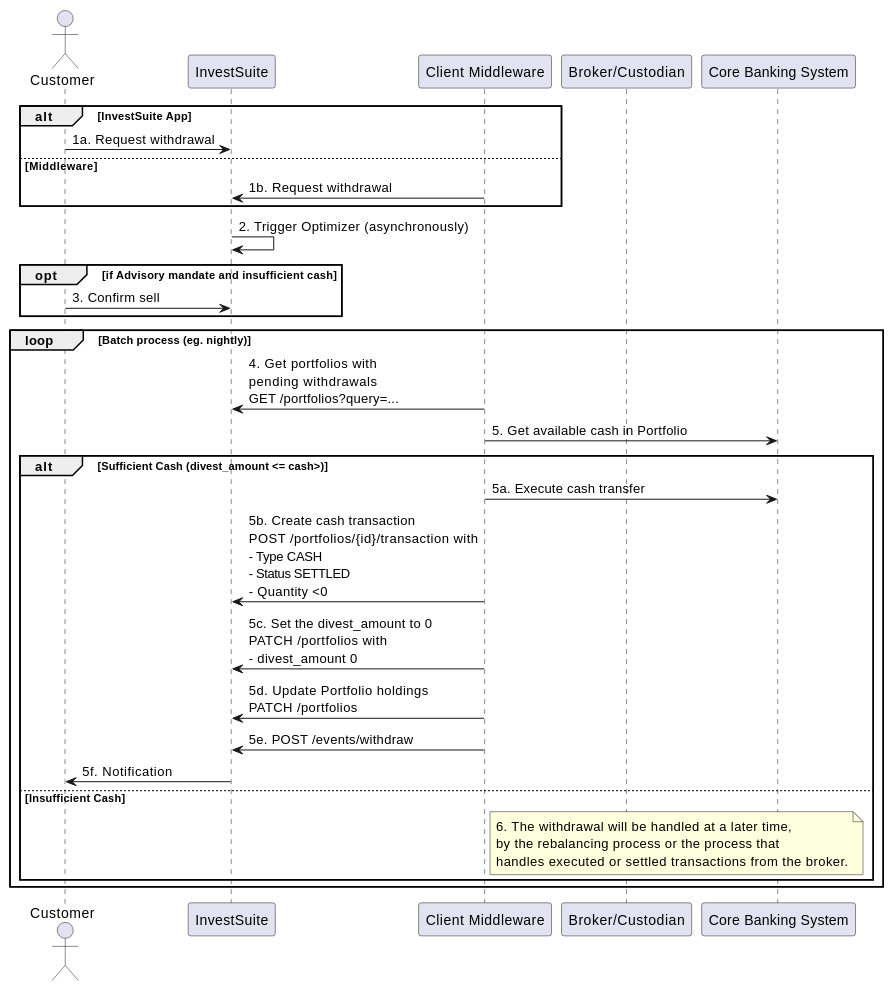
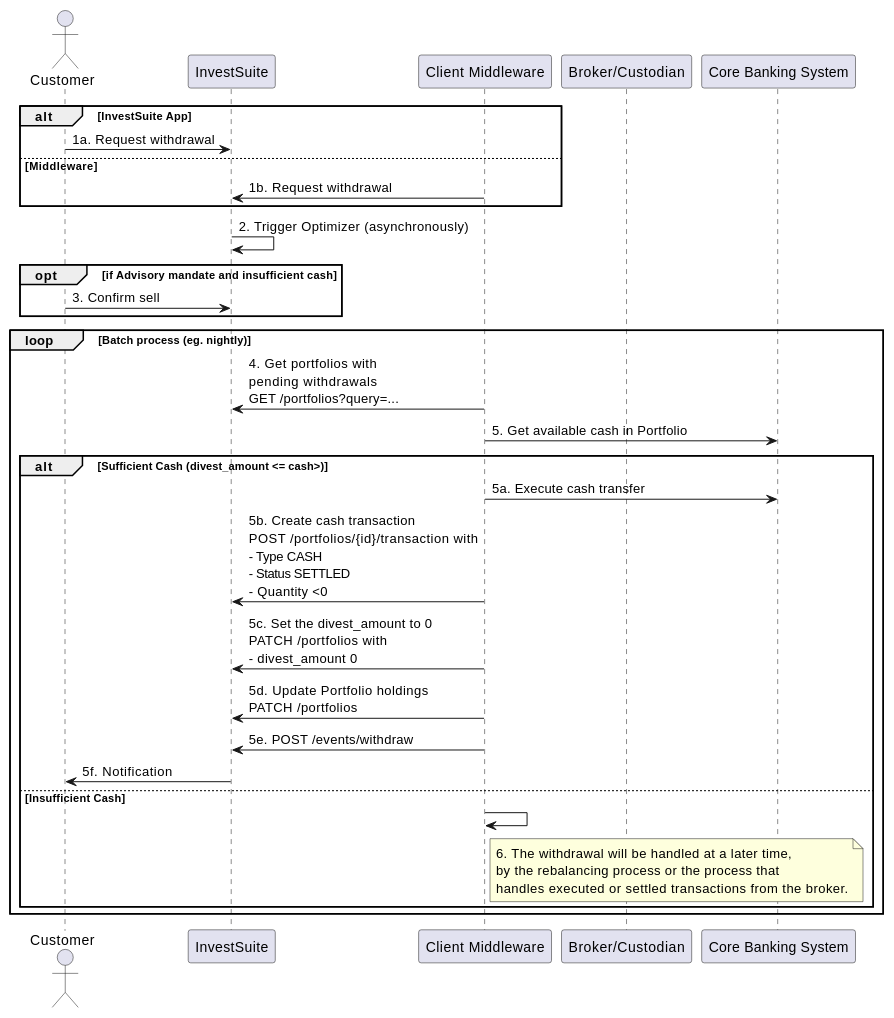
One commit to arcilli/investsuite-api-docs changed the fourth of 4 diagrams in docs/scenarios/cash_movements.md. Above: the diagram before and after it, drawn with PlantUML. The commit also changed other lines of this file, not shown here.

````diff
--- a/docs/scenarios/cash_movements.md
+++ b/docs/scenarios/cash_movements.md
@@ -197,31 +199,32 @@
 ```plantuml
     actor "Customer" as _cus
     participant "InvestSuite" as _ivs
     participant "Client Middleware" as _cmw
     participant "Broker/Custodian" as _bc
     participant "Core Banking System" as _cbs
     
     alt InvestSuite App
         _cus->_ivs:1a. Request withdrawal
     else Middleware
         _cmw->_ivs:1b. Request withdrawal
     end
     _ivs->_ivs:2. Trigger Optimizer (asynchronously)
     opt if Advisory mandate and insufficient cash
     _cus->_ivs:3. Confirm sell
     end
     loop Batch process (eg. nightly)
         _cmw -> _ivs: 4. Get portfolios with\npending withdrawals\nGET /portfolios?query=...
         _cmw -> _cbs: 5. Get available cash in Portfolio
         alt Sufficient Cash (divest_amount <= cash>)
             _cmw -> _cbs: 5a. Execute cash transfer
             _cmw -> _ivs: 5b. Create cash transaction\nPOST /portfolios/{id}/transaction with\n- Type CASH\n- Status SETTLED\n- Quantity <0
             _cmw -> _ivs: 5c. Set the divest_amount to 0\nPATCH /portfolios with\n- divest_amount 0
             _cmw -> _ivs: 5d. Update Portfolio holdings\nPATCH /portfolios
             _ivs <- _cmw: 5e. POST /events/withdraw
             _cus <-_ivs: 5f. Notification
         else Insufficient Cash
+            _cmw -> _cmw: 
             note right of _cmw:6. The withdrawal will be handled at a later time,\nby the rebalancing process or the process that\nhandles executed or settled transactions from the broker.
         end
     end 
 ```
````
